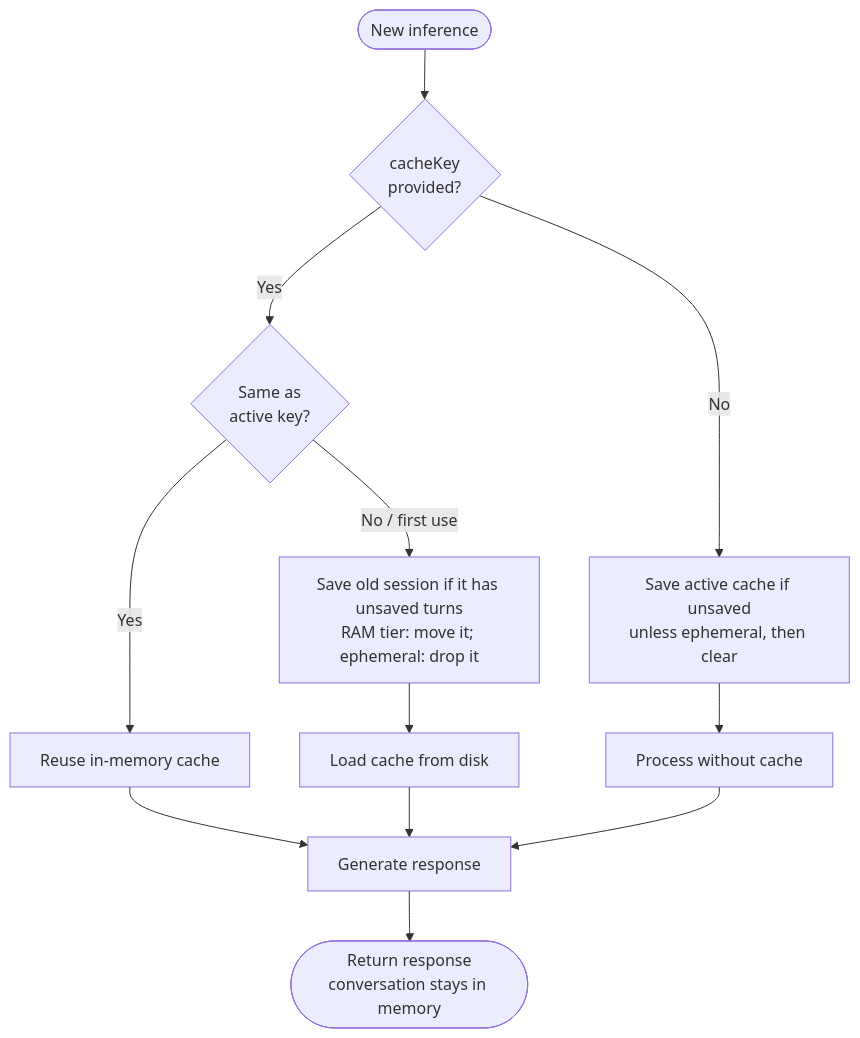
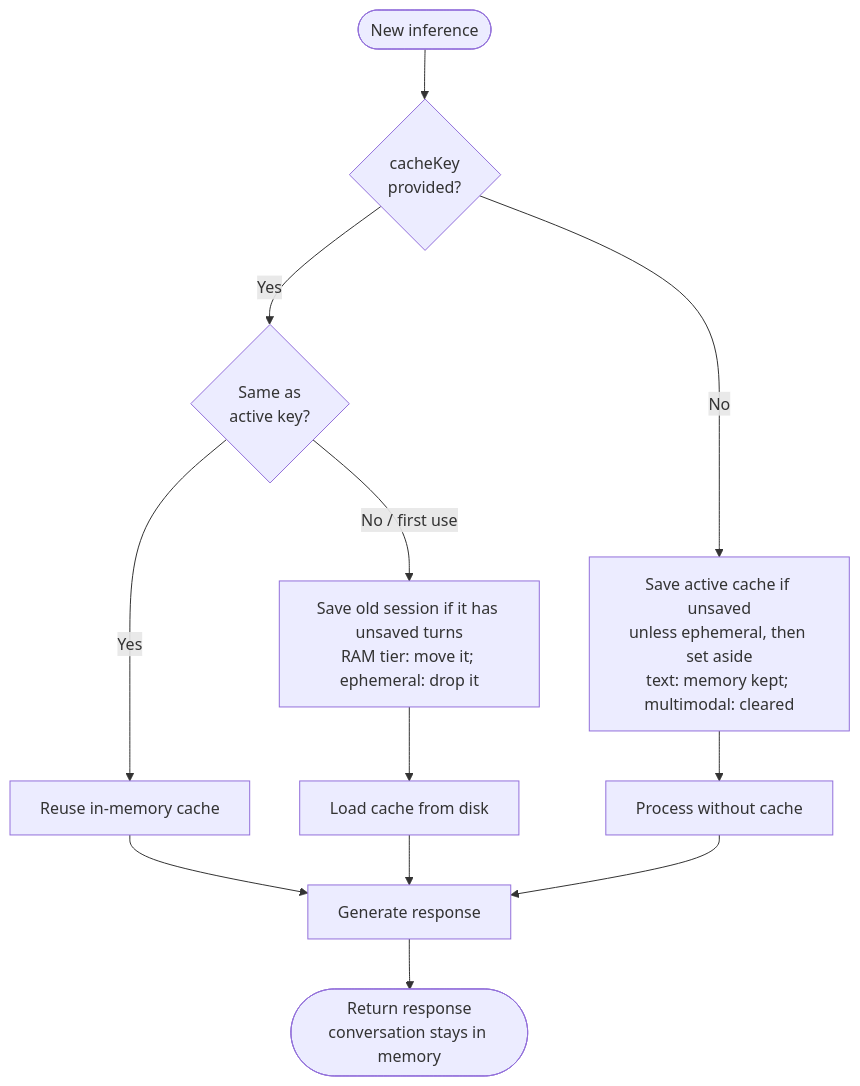
Before and after one commit to tetherto/qvac: the sixth of 6 diagrams in packages/llm-llamacpp/docs/data-flows-detailed.md, drawn with Mermaid. The commit also changed other lines of this file and 4 other files, not shown here.

Commit message:
docs[llm-llamacpp]: say set-aside memory stays on text models; list baseCacheKey

````diff
--- a/packages/llm-llamacpp/docs/data-flows-detailed.md
+++ b/packages/llm-llamacpp/docs/data-flows-detailed.md
@@ -456,14 +456,14 @@
 ```mermaid
 flowchart TD
     Start([New inference]) --> CheckKey{cacheKey<br/>provided?}
-    CheckKey -->|No| ClearRAM[Save active cache if unsaved<br/>unless ephemeral, then clear]
+    CheckKey -->|No| ClearRAM[Save active cache if unsaved<br/>unless ephemeral, then set aside<br/>text: memory kept; multimodal: cleared]
     ClearRAM --> NormalInference[Process without cache]
     CheckKey -->|Yes| SameKey{Same as<br/>active key?}
     SameKey -->|Yes| Reuse[Reuse in-memory cache]
     SameKey -->|No / first use| SaveOld[Save old session if it has unsaved turns<br/>RAM tier: move it; ephemeral: drop it]
     SaveOld --> LoadNew[Load cache from disk]
     Reuse --> Generate[Generate response]
     LoadNew --> Generate
     NormalInference --> Generate
     Generate --> End([Return response<br/>conversation stays in memory])
 ```
````
